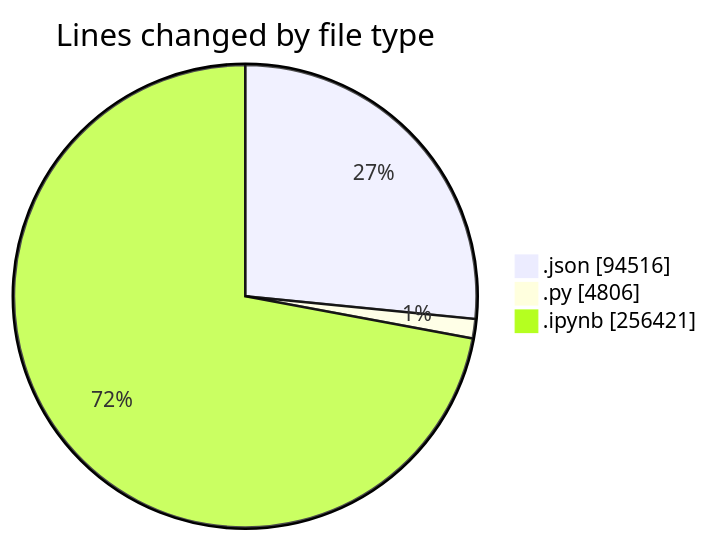
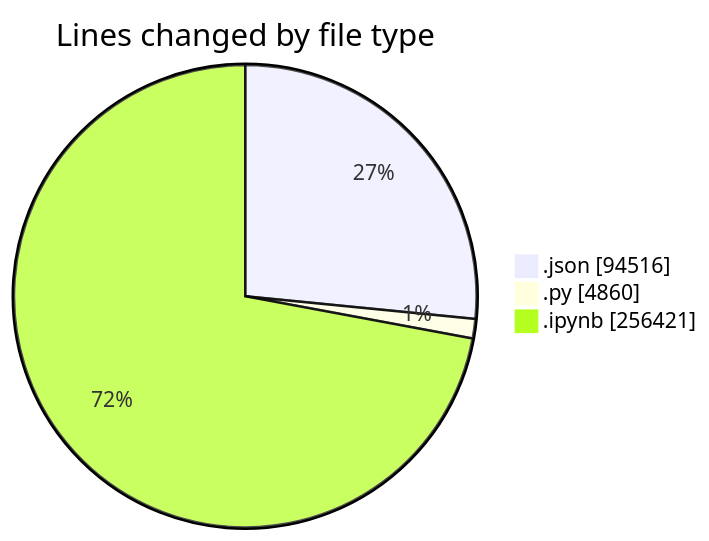
One commit to MatusMokan/code-tracking changed the first of 2 diagrams in 2025-10-04/untitled__workspace_/README.md. Above: the diagram before and after it, drawn with Mermaid. The commit also changed other lines of this file and 1 other file, not shown here.

````diff
--- a/2025-10-04/untitled__workspace_/README.md
+++ b/2025-10-04/untitled__workspace_/README.md
@@ -38,7 +38,7 @@
 ```mermaid
 pie showData
 title Lines changed by file type
 ".json" : 94516
-".py" : 4806
+".py" : 4860
 ".ipynb" : 256421
 ```
````
